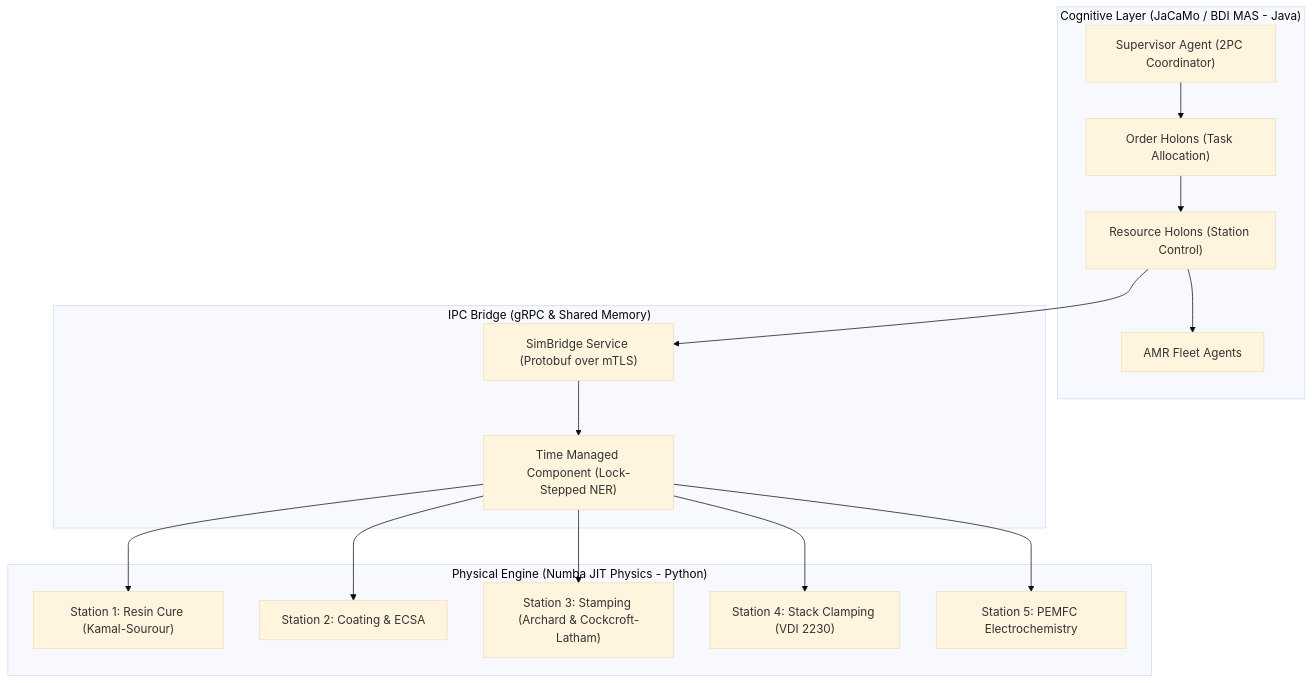
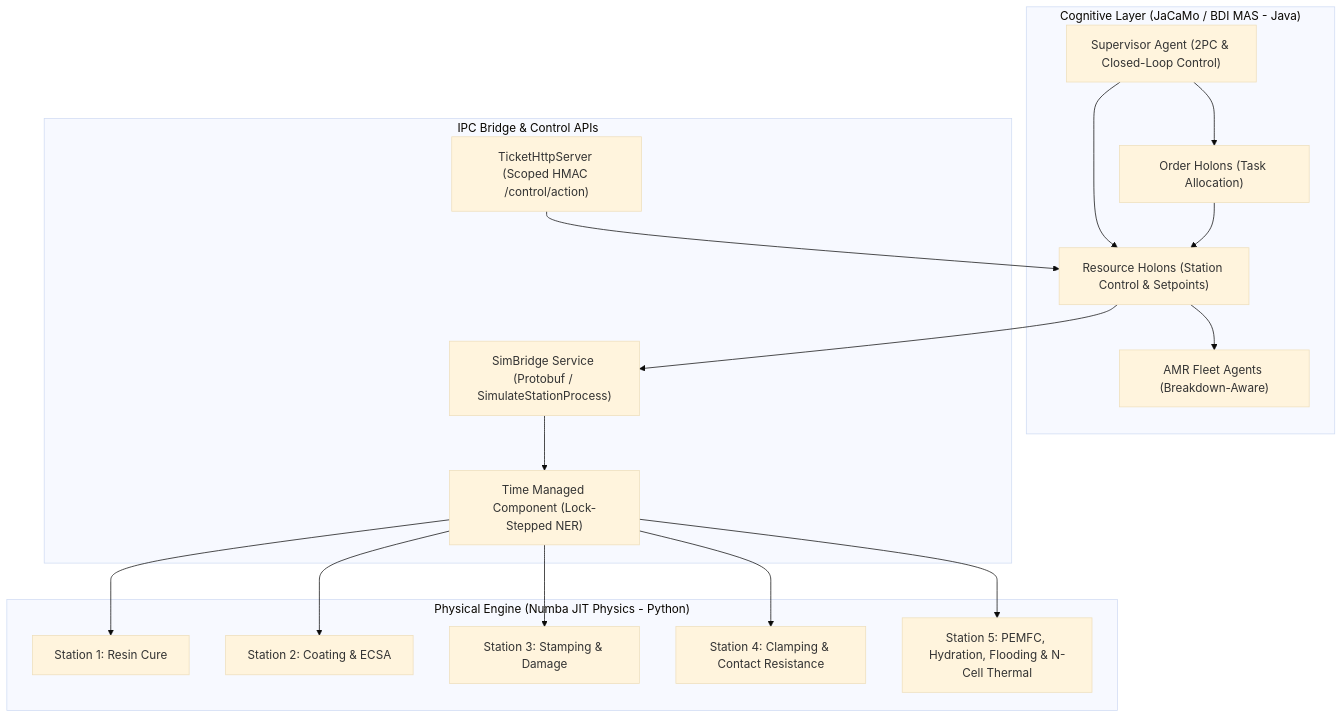
One commit to utczbr/Matrix_Factory changed the diagram in docs/index.md. Above: the diagram before and after it, drawn with Mermaid (base theme). The commit also changed other lines of this file and 29 other files, not shown here.

````diff
--- a/docs/index.md
+++ b/docs/index.md
@@ -15,33 +15,36 @@
 ```mermaid
 graph TD
     subgraph Cognitive_Layer ["Cognitive Layer (JaCaMo / BDI MAS - Java)"]
-        SUP["Supervisor Agent (2PC Coordinator)"]
+        SUP["Supervisor Agent (2PC & Closed-Loop Control)"]
         OH["Order Holons (Task Allocation)"]
-        RH["Resource Holons (Station Control)"]
-        AMR["AMR Fleet Agents"]
+        RH["Resource Holons (Station Control & Setpoints)"]
+        AMR["AMR Fleet Agents (Breakdown-Aware)"]
     end
 
-    subgraph IPC_Bridge ["IPC Bridge (gRPC & Shared Memory)"]
-        GRPC["SimBridge Service (Protobuf over mTLS)"]
+    subgraph IPC_Bridge ["IPC Bridge & Control APIs"]
+        GRPC["SimBridge Service (Protobuf / SimulateStationProcess)"]
         TMC["Time Managed Component (Lock-Stepped NER)"]
+        AUTH["TicketHttpServer (Scoped HMAC /control/action)"]
     end
 
     subgraph Physical_Engine ["Physical Engine (Numba JIT Physics - Python)"]
-        S1["Station 1: Resin Cure (Kamal-Sourour)"]
+        S1["Station 1: Resin Cure"]
         S2["Station 2: Coating & ECSA"]
-        S3["Station 3: Stamping (Archard & Cockcroft-Latham)"]
-        S4["Station 4: Stack Clamping (VDI 2230)"]
-        S5["Station 5: PEMFC Electrochemistry"]
+        S3["Station 3: Stamping & Damage"]
+        S4["Station 4: Clamping & Contact Resistance"]
+        S5["Station 5: PEMFC, Hydration, Flooding & N-Cell Thermal"]
     end
 
     SUP --> OH
+    SUP --> RH
     OH --> RH
     RH --> AMR
     RH --> GRPC
+    AUTH --> RH
     GRPC --> TMC
     TMC --> S1
     TMC --> S2
     TMC --> S3
     TMC --> S4
     TMC --> S5
 ```
````
